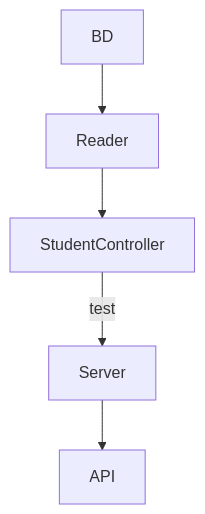
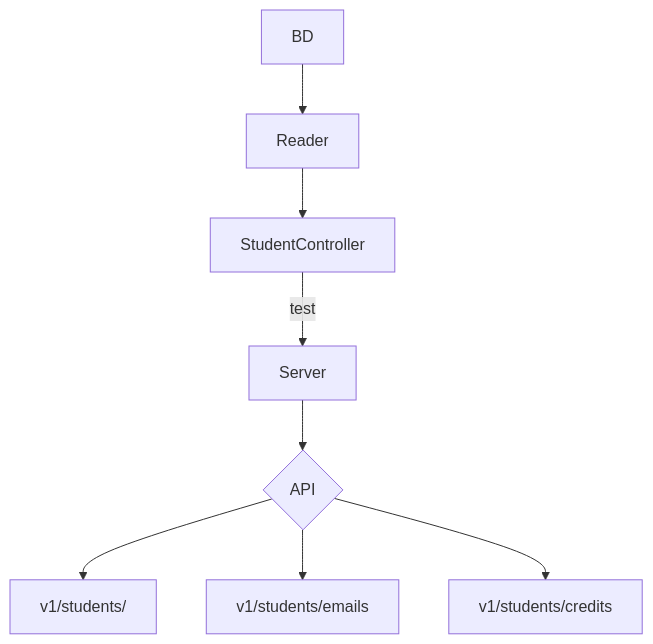
Before and after one commit to Alexis96-2/Code-Challenge: the diagram in README.md, drawn with Mermaid.

Commit message:
sintaxis nueva

````diff
--- a/README.md
+++ b/README.md
@@ -16,7 +16,10 @@
 ```mermaid
 graph TD;
-    BD-->Reader;
-    Reader-->StudentController;
-    StudentController-- test -->Server;
-    Server-->API;
+    BD --> Reader;
+    Reader --> StudentController;
+    StudentController -- test --> Server;
+    Server --> A{API};
+    A --> v1/students/
+    A --> v1/students/emails
+    A --> v1/students/credits
 ```
````
